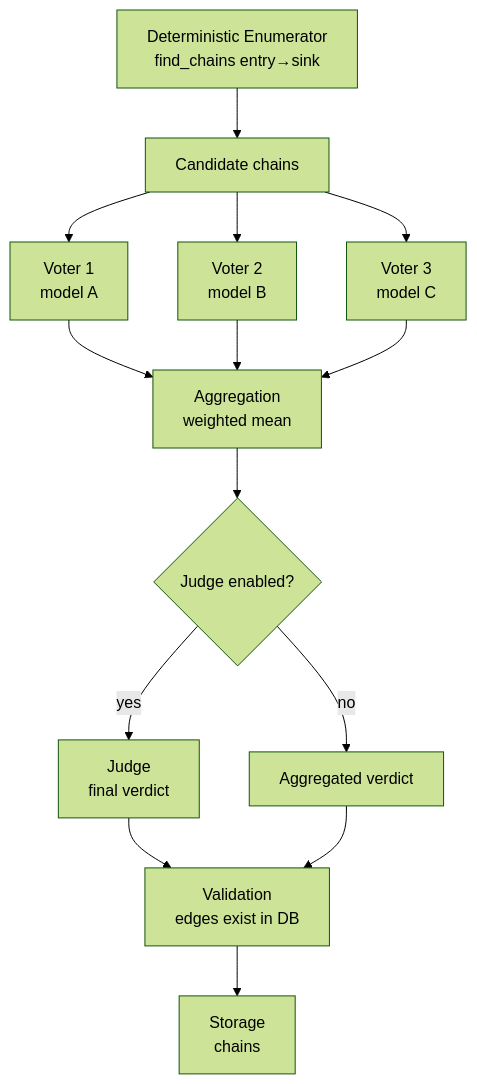
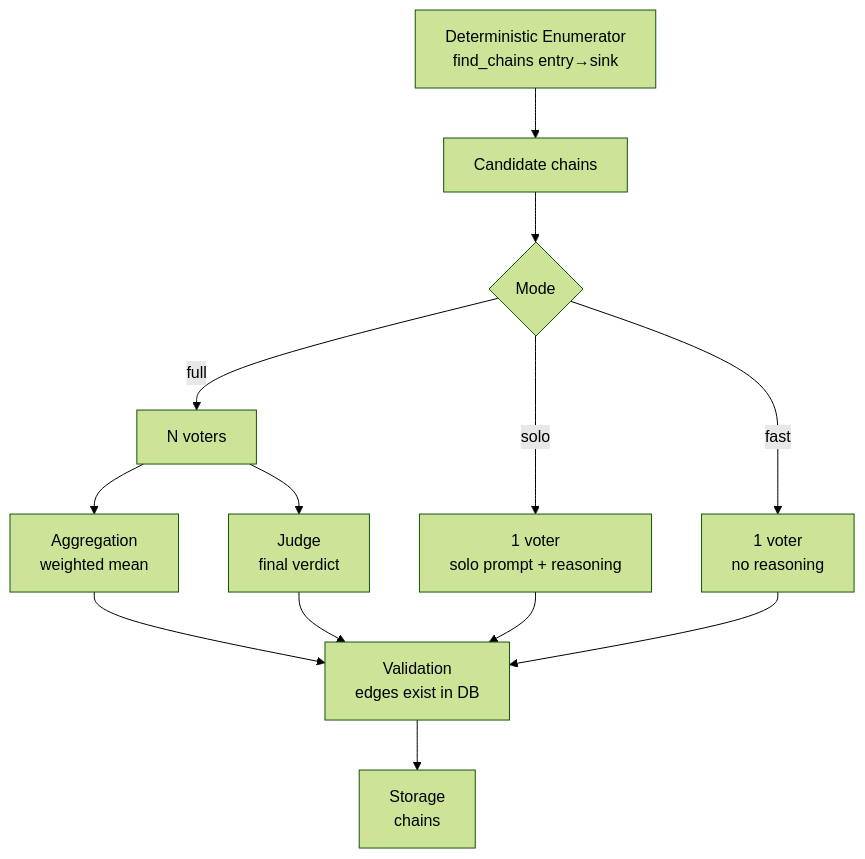
Before and after one commit to Malinowiy/AICorellator: the diagram in Documentation/ADR/ADR_005.md, drawn with Mermaid (forest theme). The commit also changed other lines of this file and 6 other files, not shown here.

````diff
--- a/Documentation/ADR/ADR_005.md
+++ b/Documentation/ADR/ADR_005.md
@@ -25,16 +25,15 @@
 ```mermaid
 flowchart TB
     ENUM[Deterministic Enumerator<br/>find_chains entry→sink] --> CAND[Candidate chains]
-    CAND --> V1[Voter 1<br/>model A]
-    CAND --> V2[Voter 2<br/>model B]
-    CAND --> V3[Voter 3<br/>model C]
-    V1 --> AGG[Aggregation<br/>weighted mean]
-    V2 --> AGG
-    V3 --> AGG
-    AGG --> JUDGE{Judge enabled?}
-    JUDGE -->|yes| JD[Judge<br/>final verdict]
-    JUDGE -->|no| FIN[Aggregated verdict]
-    JD --> VAL[Validation<br/>edges exist in DB]
-    FIN --> VAL
+    CAND --> MODE{Mode}
+    MODE -->|fast| V1[1 voter<br/>no reasoning]
+    MODE -->|solo| S1[1 voter<br/>solo prompt + reasoning]
+    MODE -->|full| VN[N voters]
+    VN --> AGG[Aggregation<br/>weighted mean]
+    VN --> JUDGE[Judge<br/>final verdict]
+    AGG --> VAL[Validation<br/>edges exist in DB]
+    JUDGE --> VAL
+    S1 --> VAL
+    V1 --> VAL
     VAL --> STORE[Storage<br/>chains]
 ```
````
